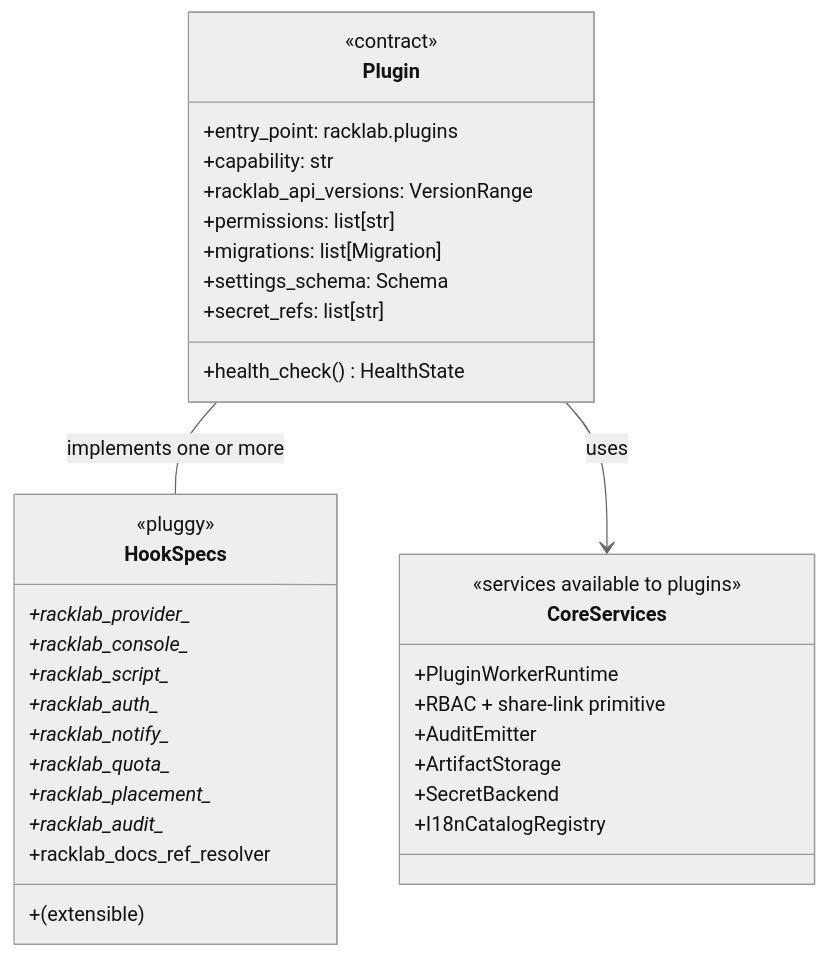
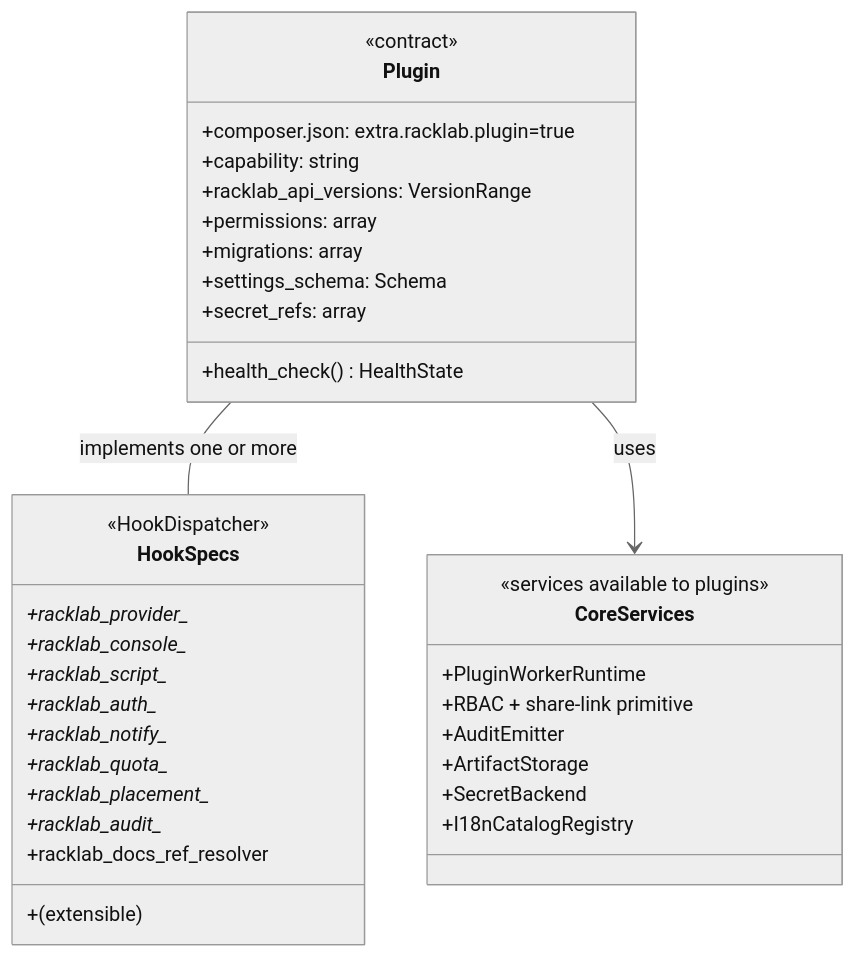
One commit to cyberbalsa/racklab changed the sixth of 8 diagrams in docs/architecture/diagrams.md. Above: the diagram before and after it, drawn with Mermaid (neutral theme). The commit also changed other lines of this file, not shown here.

First line of the commit message:
docs(architecture): rewrite Mermaid diagrams for Laravel stack topology

````diff
--- a/docs/architecture/diagrams.md
+++ b/docs/architecture/diagrams.md
@@ -330,41 +330,41 @@
 ```mermaid
 classDiagram
     class Plugin {
         <<contract>>
-        +entry_point: racklab.plugins
-        +capability: str
+        +composer.json: extra.racklab.plugin=true
+        +capability: string
         +racklab_api_versions: VersionRange
-        +permissions: list[str]
-        +migrations: list[Migration]
+        +permissions: array
+        +migrations: array
         +health_check() HealthState
         +settings_schema: Schema
-        +secret_refs: list[str]
+        +secret_refs: array
     }
 
     class HookSpecs {
-        <<pluggy>>
+        <<HookDispatcher>>
         +racklab_provider_*
         +racklab_console_*
         +racklab_script_*
         +racklab_auth_*
         +racklab_notify_*
         +racklab_quota_*
         +racklab_placement_*
         +racklab_audit_*
         +racklab_docs_ref_resolver
         +(extensible)
     }
 
     class CoreServices {
         <<services available to plugins>>
         +PluginWorkerRuntime
         +RBAC + share-link primitive
         +AuditEmitter
         +ArtifactStorage
         +SecretBackend
         +I18nCatalogRegistry
     }
 
     Plugin -- HookSpecs : implements one or more
     Plugin --> CoreServices : uses
 ```
````
